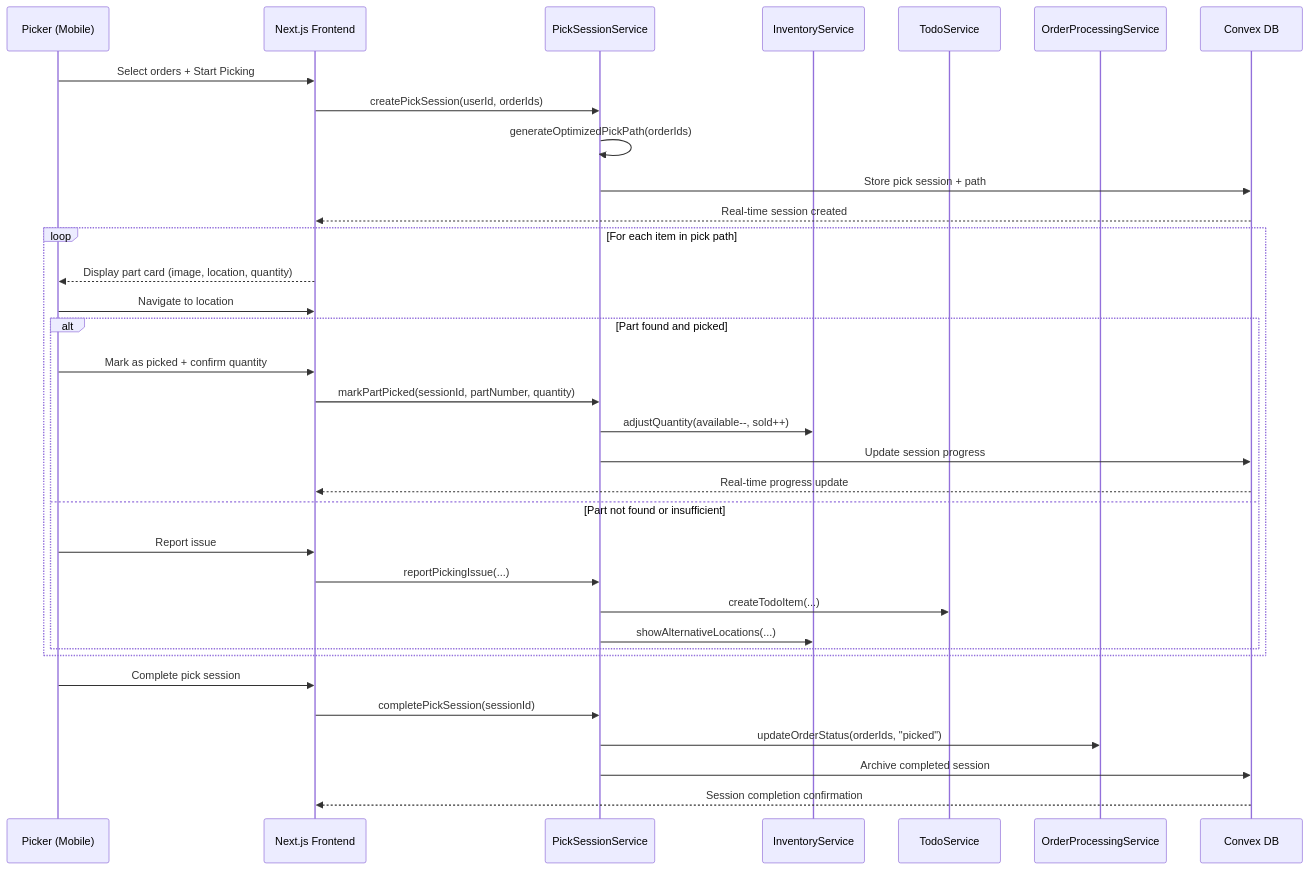
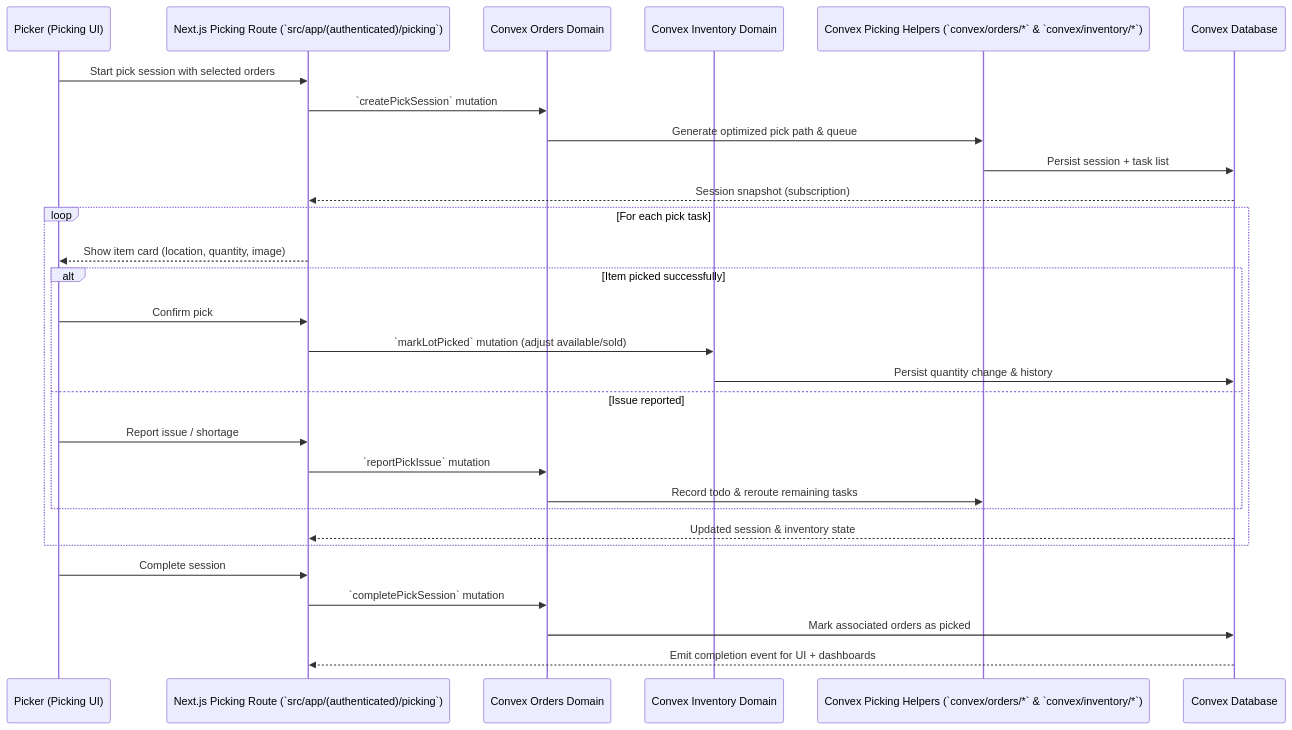
Before and after one commit to 1benisin/brickops: the third of 3 diagrams in docs/architecture/frontend/core-workflows.md, drawn with Mermaid. The commit also changed other lines of this file and 181 other files, not shown here.

````diff
--- a/docs/architecture/frontend/core-workflows.md
+++ b/docs/architecture/frontend/core-workflows.md
@@ -85,39 +74,34 @@
 ```mermaid
 sequenceDiagram
-    participant User as Picker (Mobile)
-    participant UI as Next.js Frontend
-    participant Pick as PickSessionService
-    participant Inventory as InventoryService
-    participant Todo as TodoService
-    participant Order as OrderProcessingService
-    participant DB as Convex DB
+    participant Picker as Picker (Picking UI)
+    participant Next as Next.js Picking Route (`src/app/(authenticated)/picking`)
+    participant Orders as Convex Orders Domain
+    participant Inventory as Convex Inventory Domain
+    participant Pick as Convex Picking Helpers (`convex/orders/*` & `convex/inventory/*`)
+    participant DB as Convex Database
 
-    User->>UI: Select orders + Start Picking
-    UI->>Pick: createPickSession(userId, orderIds)
-    Pick->>Pick: generateOptimizedPickPath(orderIds)
-    Pick->>DB: Store pick session + path
-    DB-->>UI: Real-time session created
+    Picker->>Next: Start pick session with selected orders
+    Next->>Orders: `createPickSession` mutation
+    Orders->>Pick: Generate optimized pick path & queue
+    Pick->>DB: Persist session + task list
+    DB-->>Next: Session snapshot (subscription)
 
-    loop For each item in pick path
-        UI-->>User: Display part card (image, location, quantity)
-        User->>UI: Navigate to location
-        alt Part found and picked
-            User->>UI: Mark as picked + confirm quantity
-            UI->>Pick: markPartPicked(sessionId, partNumber, quantity)
-            Pick->>Inventory: adjustQuantity(available--, sold++)
-            Pick->>DB: Update session progress
-            DB-->>UI: Real-time progress update
-        else Part not found or insufficient
-            User->>UI: Report issue
-            UI->>Pick: reportPickingIssue(...)
-            Pick->>Todo: createTodoItem(...)
-            Pick->>Inventory: showAlternativeLocations(...)
+    loop For each pick task
+        Next-->>Picker: Show item card (location, quantity, image)
+        alt Item picked successfully
+            Picker->>Next: Confirm pick
+            Next->>Inventory: `markLotPicked` mutation (adjust available/sold)
+            Inventory->>DB: Persist quantity change & history
+        else Issue reported
+            Picker->>Next: Report issue / shortage
+            Next->>Orders: `reportPickIssue` mutation
+            Orders->>Pick: Record todo & reroute remaining tasks
         end
+        DB-->>Next: Updated session & inventory state
     end
 
-    User->>UI: Complete pick session
-    UI->>Pick: completePickSession(sessionId)
-    Pick->>Order: updateOrderStatus(orderIds, "picked")
-    Pick->>DB: Archive completed session
-    DB-->>UI: Session completion confirmation
+    Picker->>Next: Complete session
+    Next->>Orders: `completePickSession` mutation
+    Orders->>DB: Mark associated orders as picked
+    DB-->>Next: Emit completion event for UI + dashboards
 ```
````
